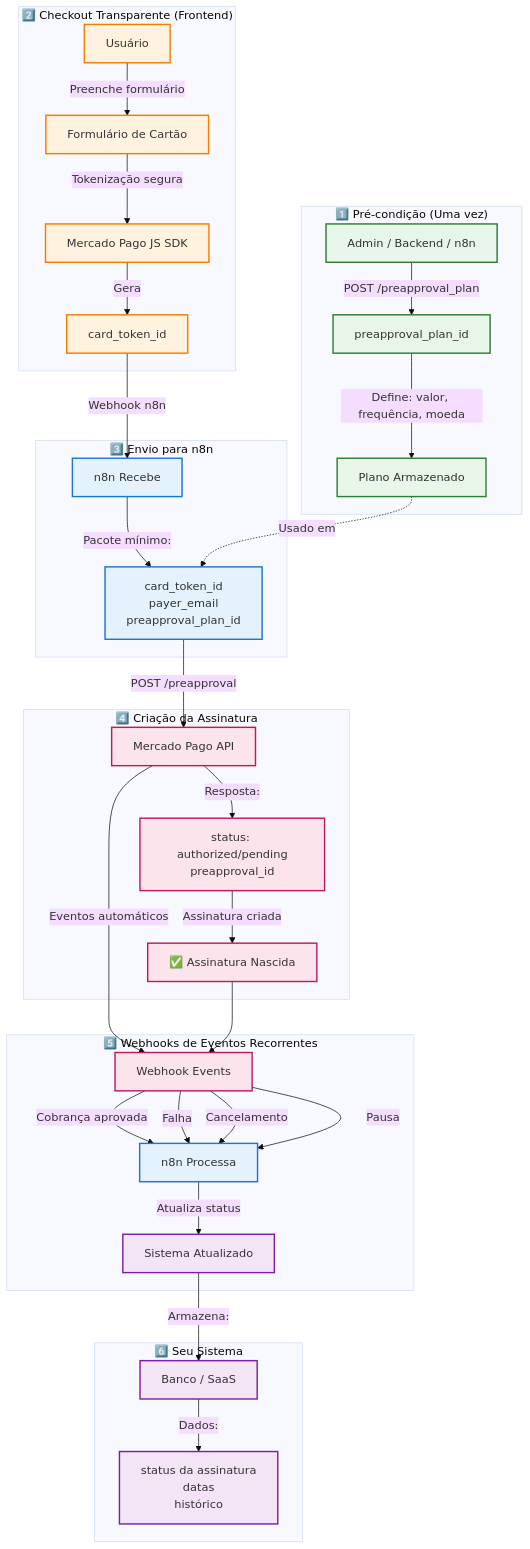
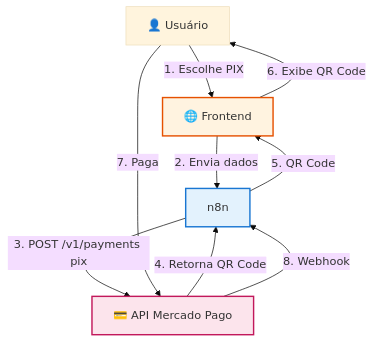
One commit to eliveutonsouza/n8n-nodes-mercadopago-flow changed the second of 2 diagrams in docs/DIAGRAMAS_ARQUITETURA.md. Above: the diagram before and after it, drawn with Mermaid (base theme). The commit also changed other lines of this file and 31 other files, not shown here.

Commit message:
chore: rename package to n8n-nodes-mercadopago-flow

````diff
--- a/docs/DIAGRAMAS_ARQUITETURA.md
+++ b/docs/DIAGRAMAS_ARQUITETURA.md
@@ -54,56 +51,20 @@
 ```mermaid
 flowchart TD
-    subgraph precondicao["1️⃣ Pré-condição (Uma vez)"]
-        ADMIN[Admin / Backend / n8n]
-        ADMIN -->|POST /preapproval_plan| PLAN[preapproval_plan_id]
-        PLAN -->|Define: valor, frequência, moeda| PLAN_STORED[Plano Armazenado]
-    end
+    USER[👤 Usuário]
+    FRONTEND[🌐 Frontend]
+    N8N[n8n]
+    MP_API[💳 API Mercado Pago]
 
-    subgraph checkout["2️⃣ Checkout Transparente (Frontend)"]
-        USER[Usuário]
-        USER -->|Preenche formulário| CARD_FORM[Formulário de Cartão]
-        CARD_FORM -->|Tokenização segura| MP_SDK[Mercado Pago JS SDK]
-        MP_SDK -->|Gera| CARD_TOKEN[card_token_id]
-    end
+    USER -->|1. Escolhe PIX| FRONTEND
+    FRONTEND -->|2. Envia dados| N8N
+    N8N -->|3. POST /v1/payments pix| MP_API
+    MP_API -->|4. Retorna QR Code| N8N
+    N8N -->|5. QR Code| FRONTEND
+    FRONTEND -->|6. Exibe QR Code| USER
+    USER -->|7. Paga| MP_API
+    MP_API -->|8. Webhook| N8N
 
-    subgraph envio["3️⃣ Envio para n8n"]
-        CARD_TOKEN -->|Webhook n8n| N8N_WEBHOOK[n8n Recebe]
-        N8N_WEBHOOK -->|Pacote mínimo:| DATA[card_token_id<br/>payer_email<br/>preapproval_plan_id]
-    end
-
-    subgraph criacao["4️⃣ Criação da Assinatura"]
-        DATA -->|POST /preapproval| MP_API[Mercado Pago API]
-        MP_API -->|Resposta:| RESULT[status: authorized/pending<br/>preapproval_id]
-        RESULT -->|Assinatura criada| SUCCESS[✅ Assinatura Nascida]
-    end
-
-    subgraph webhooks["5️⃣ Webhooks de Eventos Recorrentes"]
-        MP_API -->|Eventos automáticos| WEBHOOK_EVENTS[Webhook Events]
-        WEBHOOK_EVENTS -->|Cobrança aprovada| N8N_PROCESS[n8n Processa]
-        WEBHOOK_EVENTS -->|Falha| N8N_PROCESS
-        WEBHOOK_EVENTS -->|Cancelamento| N8N_PROCESS
-        WEBHOOK_EVENTS -->|Pausa| N8N_PROCESS
-        N8N_PROCESS -->|Atualiza status| SYSTEM_UPDATE[Sistema Atualizado]
-    end
-
-    subgraph sistema["6️⃣ Seu Sistema"]
-        SYSTEM_UPDATE -->|Armazena:| DB[Banco / SaaS]
-        DB -->|Dados:| DB_DATA[status da assinatura<br/>datas<br/>histórico]
-    end
-
-    PLAN_STORED -.->|Usado em| DATA
-    SUCCESS --> WEBHOOK_EVENTS
-
-    %% ESTILO
-    classDef precond fill:#e8f5e9,stroke:#2e7d32,stroke-width:2px
-    classDef checkout fill:#fff3e0,stroke:#f57c00,stroke-width:2px
-    classDef n8n fill:#e3f2fd,stroke:#1976d2,stroke-width:2px
-    classDef mp fill:#fce4ec,stroke:#c2185b,stroke-width:2px
-    classDef system fill:#f3e5f5,stroke:#7b1fa2,stroke-width:2px
-
-    class ADMIN,PLAN,PLAN_STORED precond
-    class USER,CARD_FORM,MP_SDK,CARD_TOKEN checkout
-    class N8N_WEBHOOK,DATA,N8N_PROCESS n8n
-    class MP_API,RESULT,SUCCESS,WEBHOOK_EVENTS mp
-    class SYSTEM_UPDATE,DB,DB_DATA system
+    style FRONTEND fill:#fff3e0,stroke:#e65100,stroke-width:2px
+    style MP_API fill:#fce4ec,stroke:#c2185b,stroke-width:2px
+    style N8N fill:#e3f2fd,stroke:#1976d2,stroke-width:2px
 ```
````
